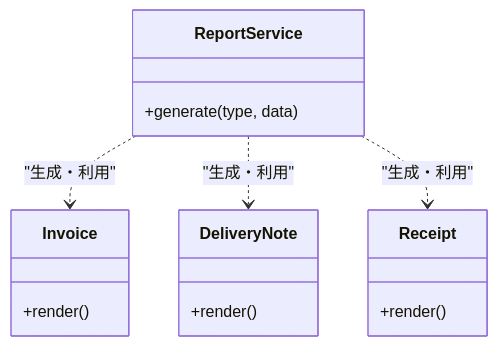
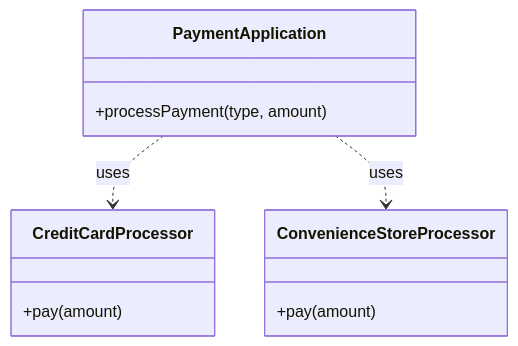
Before and after one commit to kumachan1101-pixel/DesignPattern: the first of 6 diagrams in kindle/design-patterns/output/chapter08.md, drawn with Mermaid. The commit also changed other lines of this file and 11 other files, not shown here.

````diff
--- a/kindle/design-patterns/output/chapter08.md
+++ b/kindle/design-patterns/output/chapter08.md
@@ -57,20 +48,15 @@
 ```mermaid
 classDiagram
-    direction TB
-    class ReportService ["ReportService"] {
-        +generate(type, data)
+    class PaymentApplication {
+        +processPayment(type, amount)
     }
-    class Invoice ["Invoice"] {
-        +render()
+    class CreditCardProcessor {
+        +pay(amount)
     }
-    class DeliveryNote ["DeliveryNote"] {
-        +render()
+    class ConvenienceStoreProcessor {
+        +pay(amount)
     }
-    class Receipt ["Receipt"] {
-        +render()
-    }
+    PaymentApplication ..> CreditCardProcessor : uses
+    PaymentApplication ..> ConvenienceStoreProcessor : uses
 
-    ReportService ..> Invoice : "生成・利用"
-    ReportService ..> DeliveryNote : "生成・利用"
-    ReportService ..> Receipt : "生成・利用"
 ```
````
